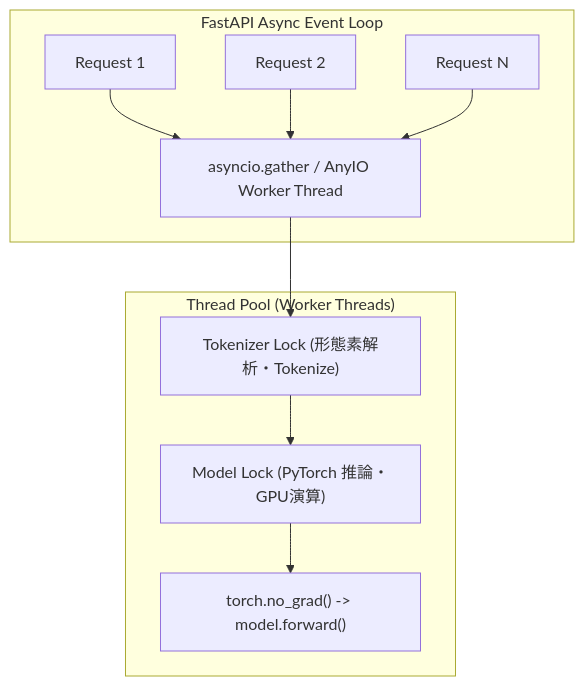
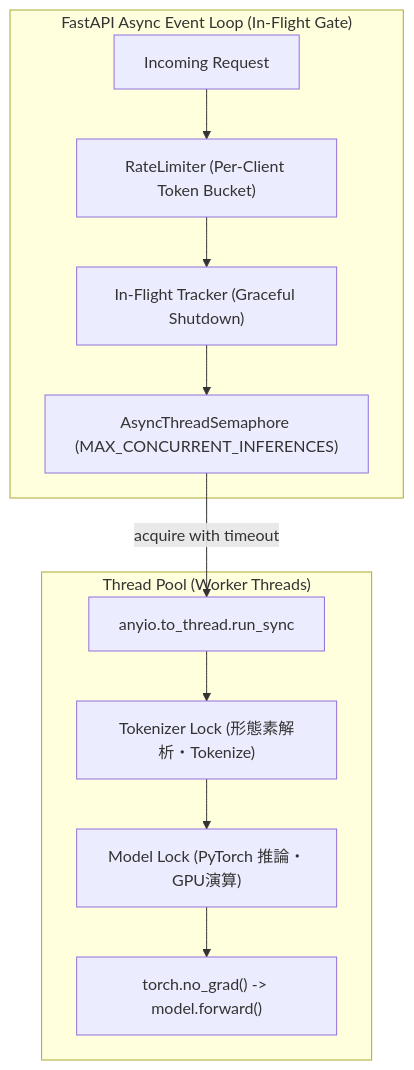
One commit to chottokun/embedding_jp_api changed the diagram in docs/architecture/concurrency.md. Above: the diagram before and after it, drawn with Mermaid. The commit also changed other lines of this file and 6 other files, not shown here.

Commit message:
docs: record comprehensive benchmarks and future roadmap

````diff
--- a/docs/architecture/concurrency.md
+++ b/docs/architecture/concurrency.md
@@ -25,14 +25,15 @@
 ```mermaid
 graph TD
-    subgraph "FastAPI Async Event Loop"
-        Req1["Request 1"] --> Gather["asyncio.gather / AnyIO Worker Thread"]
-        Req2["Request 2"] --> Gather
-        ReqN["Request N"] --> Gather
+    subgraph "FastAPI Async Event Loop (In-Flight Gate)"
+        Req["Incoming Request"] --> Limiter["RateLimiter (Per-Client Token Bucket)"]
+        Limiter --> InFlight["In-Flight Tracker (Graceful Shutdown)"]
+        InFlight --> Sem["AsyncThreadSemaphore (MAX_CONCURRENT_INFERENCES)"]
     end
 
     subgraph "Thread Pool (Worker Threads)"
-        Gather --> TokLock["Tokenizer Lock (形態素解析・Tokenize)"]
+        Sem -->|"acquire with timeout"| AnyIO["anyio.to_thread.run_sync"]
+        AnyIO --> TokLock["Tokenizer Lock (形態素解析・Tokenize)"]
         TokLock --> ModelLock["Model Lock (PyTorch 推論・GPU演算)"]
         ModelLock --> Forward["torch.no_grad() -> model.forward()"]
     end
 ```
````
